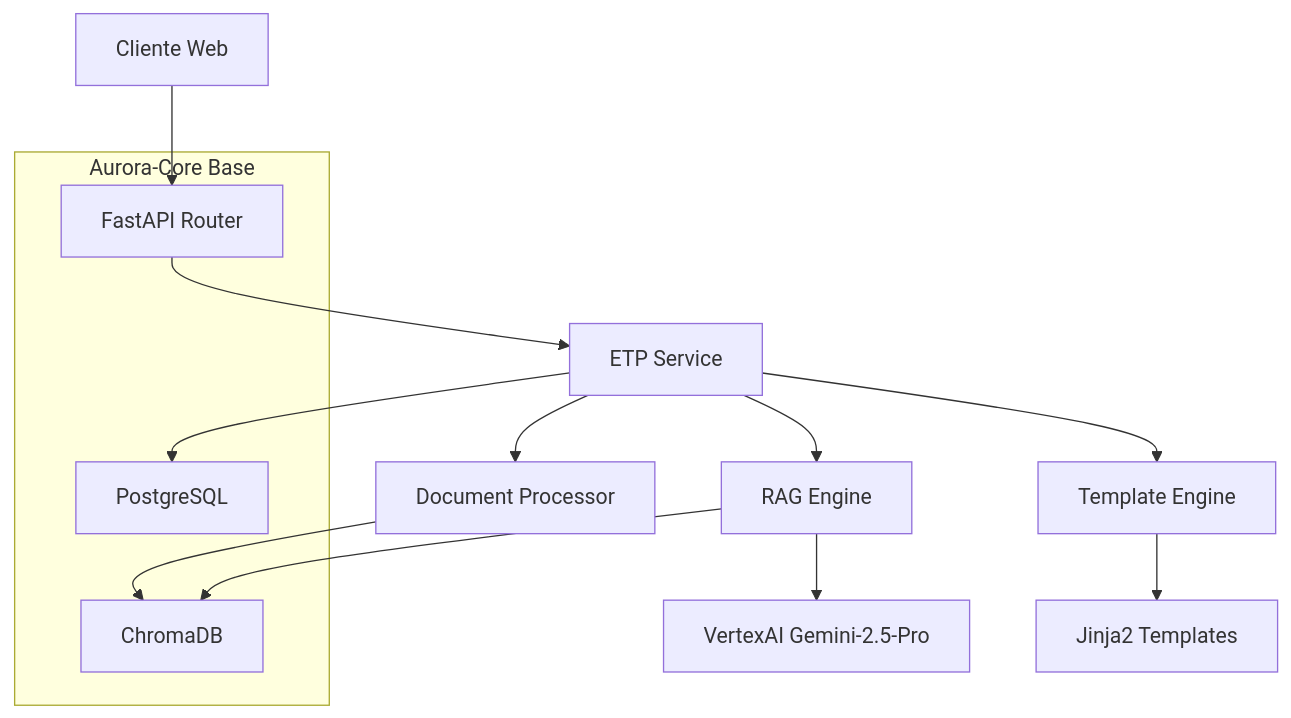
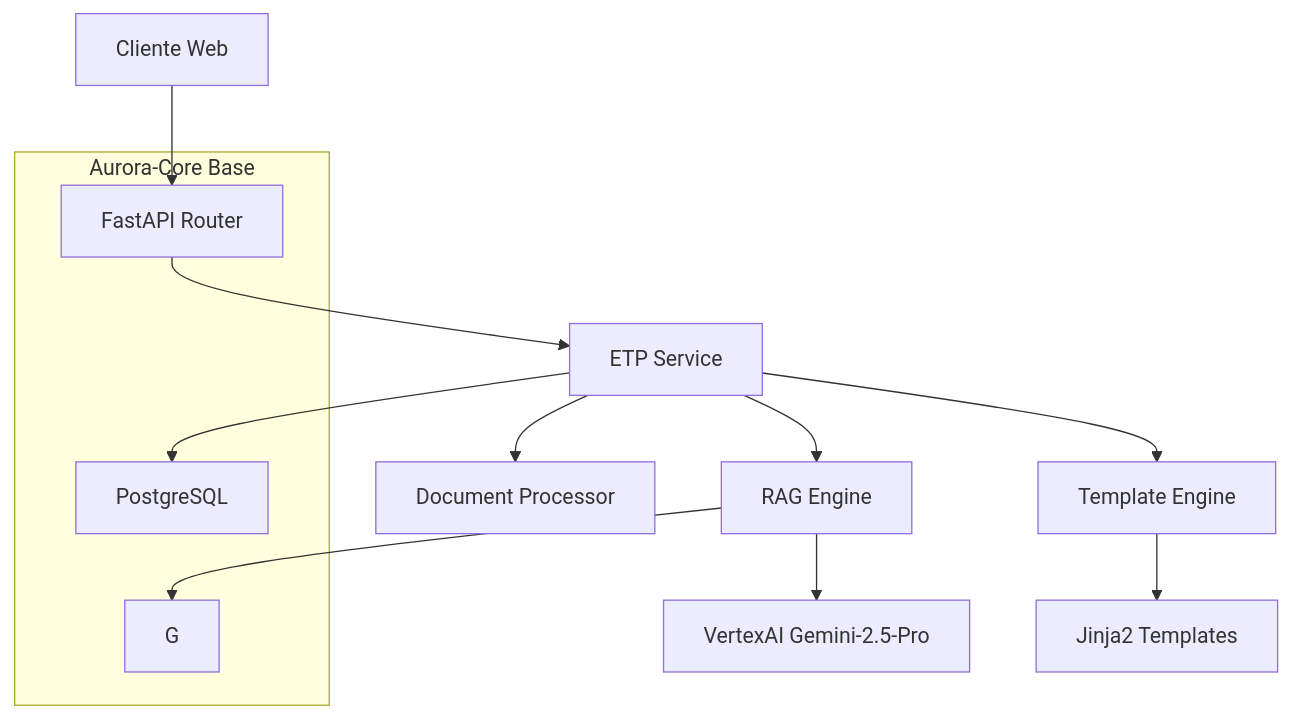
One commit to Aurora-AI/Elysia changed the diagram in arquitetura.md. Above: the diagram before and after it, drawn with Mermaid. The commit also changed other lines of this file and 14 other files, not shown here.

````diff
--- a/arquitetura.md
+++ b/arquitetura.md
@@ -11,21 +11,20 @@
 ```mermaid
 graph TD
     A[Cliente Web] --> B[FastAPI Router]
     B --> C[ETP Service]
     C --> D[Document Processor]
     C --> E[RAG Engine]
     C --> F[Template Engine]
 
-    D --> G[ChromaDB]
     E --> G
     E --> H[VertexAI Gemini-2.5-Pro]
     F --> I[Jinja2 Templates]
 
     C --> J[PostgreSQL]
 
     subgraph "Aurora-Core Base"
         B
         G
         J
     end
 ```
````
